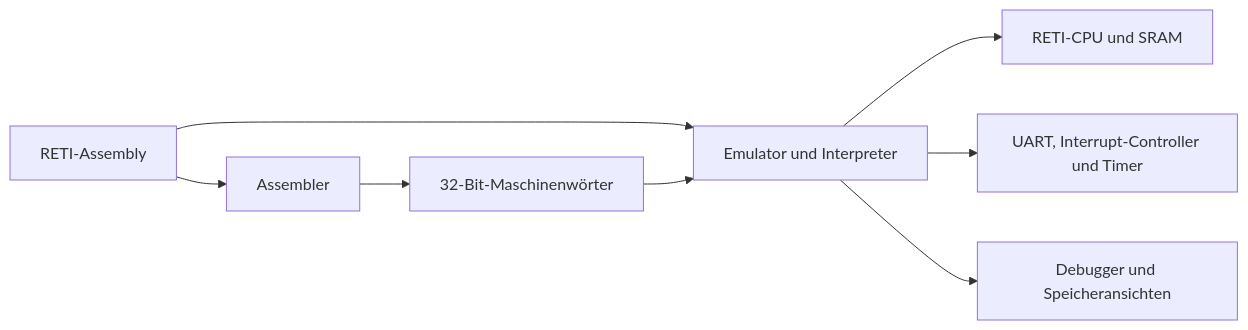
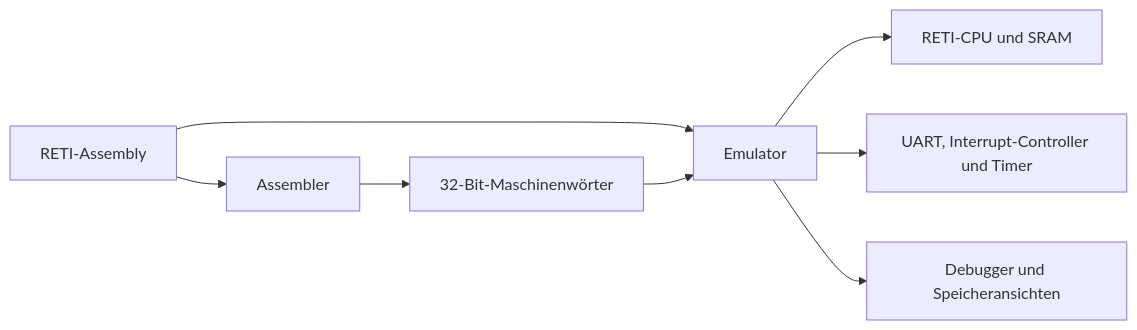
Before and after one commit to matthejue/RETI-Emulator: the first of 9 diagrams in README.md, drawn with Mermaid. The commit also changed other lines of this file, not shown here.

````diff
--- a/README.md
+++ b/README.md
@@ -23,10 +51,10 @@
 ```mermaid
 flowchart LR
     source[RETI-Assembly] --> assembler[Assembler]
     assembler --> machine[32-Bit-Maschinenwörter]
-    source --> emulator[Emulator und Interpreter]
+    source --> emulator[Emulator]
     machine --> emulator
     emulator --> cpu[RETI-CPU und SRAM]
     emulator --> periphery[UART, Interrupt-Controller und Timer]
     emulator --> debugger[Debugger und Speicheransichten]
 ```
````
